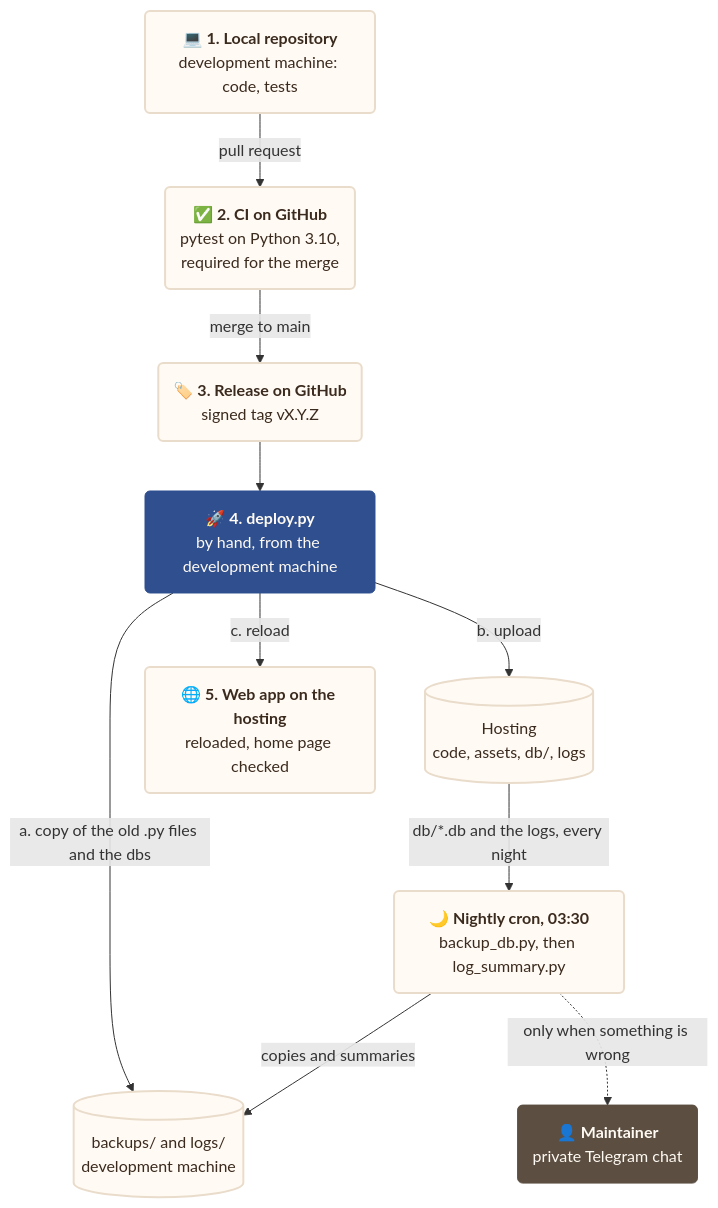
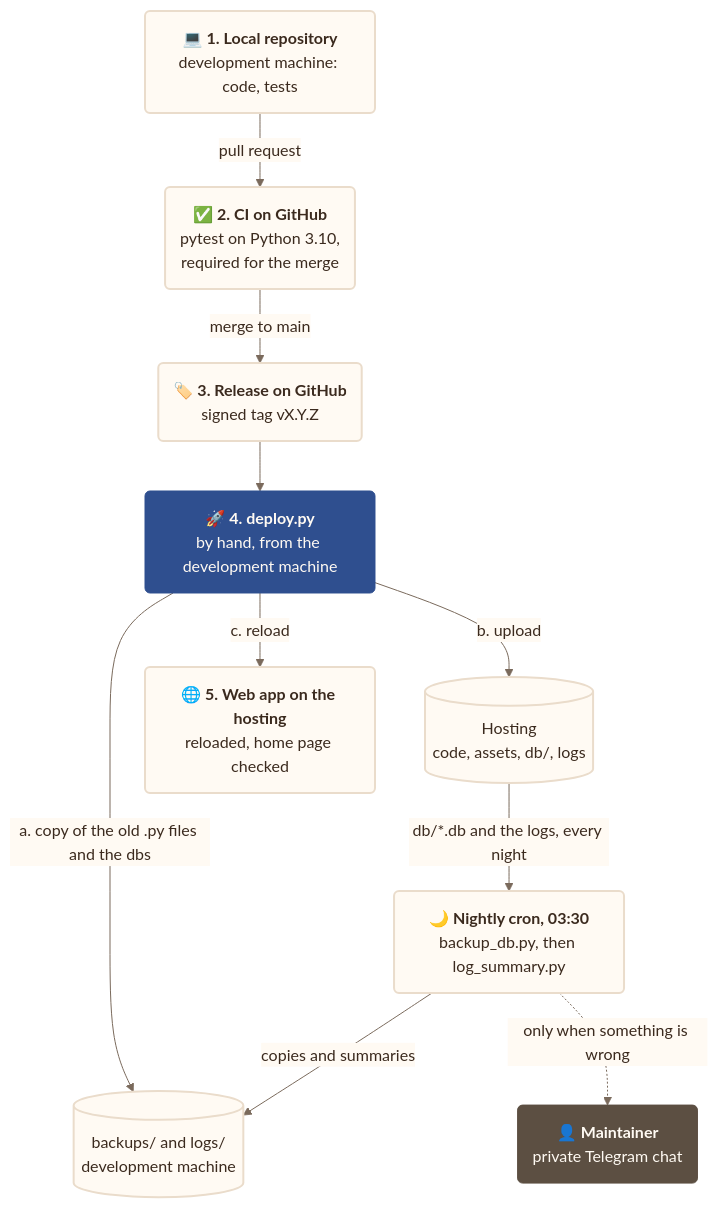
The first of 2 diagrams in docs/operations.md (francescoperrino/Caccometro), drawn with Mermaid before and after one commit. The commit also changed other lines of this file and 14 other files, not shown here.

Commit message:
Give every Mermaid diagram one style from tools/mermaid_style.py, with a title and a description (#204)

````diff
--- a/docs/operations.md
+++ b/docs/operations.md
@@ -7,31 +7,62 @@
 ```mermaid
+---
+config:
+  theme: base
+  themeVariables:
+    fontFamily: "Nunito, Segoe UI, Roboto, sans-serif"
+    primaryColor: "#fffaf3"
+    primaryTextColor: "#3b2a1e"
+    primaryBorderColor: "#eadccb"
+    secondaryColor: "#f7ecdc"
+    tertiaryColor: "#f3e4d0"
+    lineColor: "#7a6a5c"
+    textColor: "#3b2a1e"
+    edgeLabelBackground: "#fffaf3"
+    clusterBkg: "#f3e4d0"
+    clusterBorder: "#cbbca9"
+    titleColor: "#5c4f42"
+    noteBkgColor: "#f7ecdc"
+    noteTextColor: "#3b2a1e"
+    actorBkg: "#fffaf3"
+    actorBorder: "#5c4f42"
+    actorTextColor: "#3b2a1e"
+    signalColor: "#7a6a5c"
+    signalTextColor: "#3b2a1e"
+    labelBoxBkgColor: "#f3e4d0"
+    loopTextColor: "#3b2a1e"
+    sequenceNumberColor: "#fffaf3"
+    xyChart:
+      plotColorPalette: "#2f4f8f"
+---
 flowchart TD
+    accTitle: Operations
+    accDescr: The local repository, the checks on GitHub, the release and the deploy to the hosting with a backup
     repo("💻 <b>1. Local repository</b><br/>development machine: code, tests")
     ci("✅ <b>2. CI on GitHub</b><br/>pytest on Python 3.10,<br/>required for the merge")
     rel("🏷️ <b>3. Release on GitHub</b><br/>signed tag vX.Y.Z")
     deploy("🚀 <b>4. deploy.py</b><br/>by hand, from the development machine")
     local[("backups/ and logs/<br/>development machine")]
     files[("Hosting<br/>code, assets, db/, logs")]
     web("🌐 <b>5. Web app on the hosting</b><br/>reloaded, home page checked")
     nightly("🌙 <b>Nightly cron, 03:30</b><br/>backup_db.py, then log_summary.py")
     maintainer("👤 <b>Maintainer</b><br/>private Telegram chat")
     repo -->|"pull request"| ci
     ci -->|"merge to main"| rel
     rel --> deploy
     deploy -->|"a. copy of the old .py files and the dbs"| local
     deploy -->|"b. upload"| files
     deploy -->|"c. reload"| web
     files -->|"db/*.db and the logs, every night"| nightly
     nightly -->|"copies and summaries"| local
     nightly -.->|"only when something is wrong"| maintainer
     classDef step fill:#fffaf3,stroke:#eadccb,stroke-width:2px,color:#3b2a1e
     classDef main fill:#2f4f8f,stroke:#2f4f8f,color:#fffaf3
     classDef person fill:#5c4f42,stroke:#5c4f42,color:#fffaf3
     classDef check fill:#f7ecdc,stroke:#e0902b,stroke-width:2px,color:#3b2a1e
     classDef detail fill:#f7ecdc,stroke:#eadccb,color:#3b2a1e
-    classDef alert fill:#e0902b,stroke:#e0902b,color:#fffaf3
+    classDef alert fill:#e0902b,stroke:#e0902b,color:#3b2a1e
     classDef stop fill:#f3e4d0,stroke:#cbbca9,stroke-dasharray:4 3,color:#7a6a5c
     class repo,ci,rel,web,nightly,local,files step
     class deploy main
     class maintainer person
 ```
````
